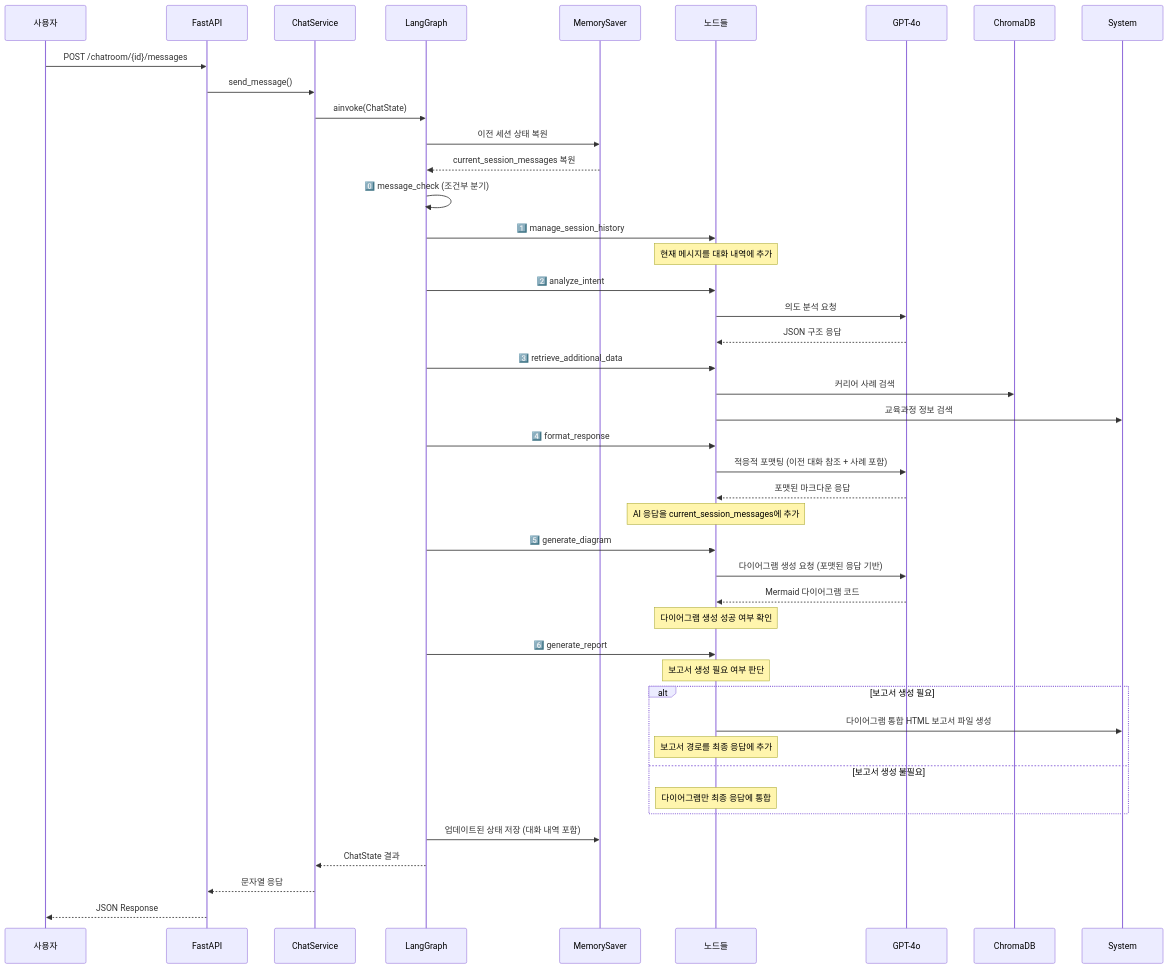
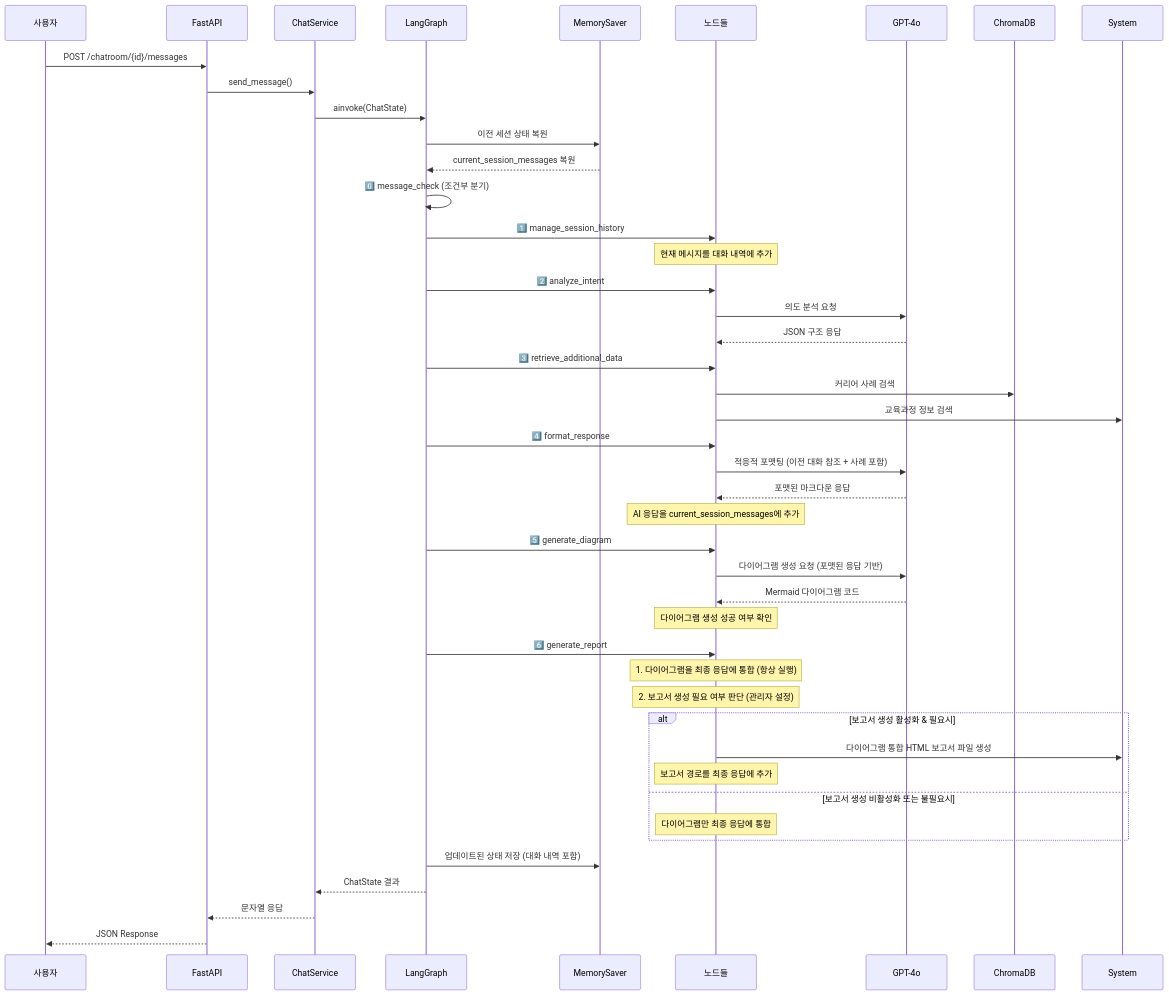
Before and after one commit to SK4toB/g-navi-ai-api: the third of 5 diagrams in README.md, drawn with Mermaid. The commit also changed other lines of this file and 6 other files, not shown here.

````diff
--- a/README.md
+++ b/README.md
@@ -227,54 +227,55 @@
 ```mermaid
 sequenceDiagram
     participant User as 사용자
     participant API as FastAPI
     participant Service as ChatService
     participant Graph as LangGraph
     participant MemorySaver as MemorySaver
     participant Nodes as 노드들
     participant LLM as GPT-4o
     
     User->>API: POST /chatroom/{id}/messages
     API->>Service: send_message()
     Service->>Graph: ainvoke(ChatState)
     
     Graph->>MemorySaver: 이전 세션 상태 복원
     MemorySaver-->>Graph: current_session_messages 복원
     
     Graph->>Graph: 0️⃣ message_check (조건부 분기)
     
     Graph->>Nodes: 1️⃣ manage_session_history
     Note over Nodes: 현재 메시지를 대화 내역에 추가
     
     Graph->>Nodes: 2️⃣ analyze_intent
     Nodes->>LLM: 의도 분석 요청
     LLM-->>Nodes: JSON 구조 응답
     
     Graph->>Nodes: 3️⃣ retrieve_additional_data
     Nodes->>ChromaDB: 커리어 사례 검색
     Nodes->>System: 교육과정 정보 검색
     
     Graph->>Nodes: 4️⃣ format_response
     Nodes->>LLM: 적응적 포맷팅 (이전 대화 참조 + 사례 포함)
     LLM-->>Nodes: 포맷된 마크다운 응답
     Note over Nodes: AI 응답을 current_session_messages에 추가
     
     Graph->>Nodes: 5️⃣ generate_diagram
     Nodes->>LLM: 다이어그램 생성 요청 (포맷된 응답 기반)
     LLM-->>Nodes: Mermaid 다이어그램 코드
     Note over Nodes: 다이어그램 생성 성공 여부 확인
     
     Graph->>Nodes: 6️⃣ generate_report
-    Note over Nodes: 보고서 생성 필요 여부 판단
-    alt 보고서 생성 필요
+    Note over Nodes: 1. 다이어그램을 최종 응답에 통합 (항상 실행)
+    Note over Nodes: 2. 보고서 생성 필요 여부 판단 (관리자 설정)
+    alt 보고서 생성 활성화 & 필요시
         Nodes->>System: 다이어그램 통합 HTML 보고서 파일 생성
         Note over Nodes: 보고서 경로를 최종 응답에 추가
-    else 보고서 생성 불필요
+    else 보고서 생성 비활성화 또는 불필요시
         Note over Nodes: 다이어그램만 최종 응답에 통합
     end
     
     Graph->>MemorySaver: 업데이트된 상태 저장 (대화 내역 포함)
     Graph-->>Service: ChatState 결과
     Service-->>API: 문자열 응답
     API-->>User: JSON Response
 ```
````
